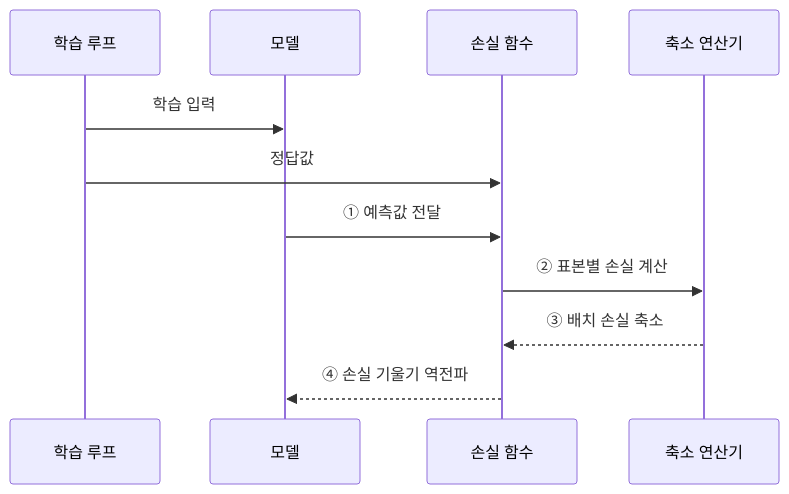
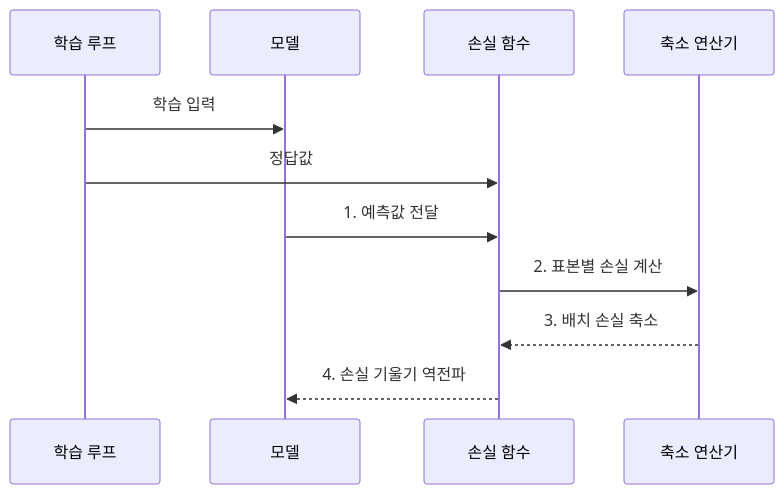
Before and after one commit to agnusdei1207/knowledge-base: the third of 3 diagrams in src/content/docs/notes/01-basic-theory/042_loss_functions.md, drawn with Mermaid. The commit also changed other lines of this file and 20 other files, not shown here.

````diff
--- a/src/content/docs/notes/01-basic-theory/042_loss_functions.md
+++ b/src/content/docs/notes/01-basic-theory/042_loss_functions.md
@@ -99,13 +99,13 @@
 ```mermaid
 sequenceDiagram
     participant T as 학습 루프
     participant M as 모델
     participant L as 손실 함수
     participant R as 축소 연산기
     T->>M: 학습 입력
     T->>L: 정답값
-    M->>L: ① 예측값 전달
-    L->>R: ② 표본별 손실 계산
-    R-->>L: ③ 배치 손실 축소
-    L-->>M: ④ 손실 기울기 역전파
+    M->>L: 1. 예측값 전달
+    L->>R: 2. 표본별 손실 계산
+    R-->>L: 3. 배치 손실 축소
+    L-->>M: 4. 손실 기울기 역전파
 ```
````
